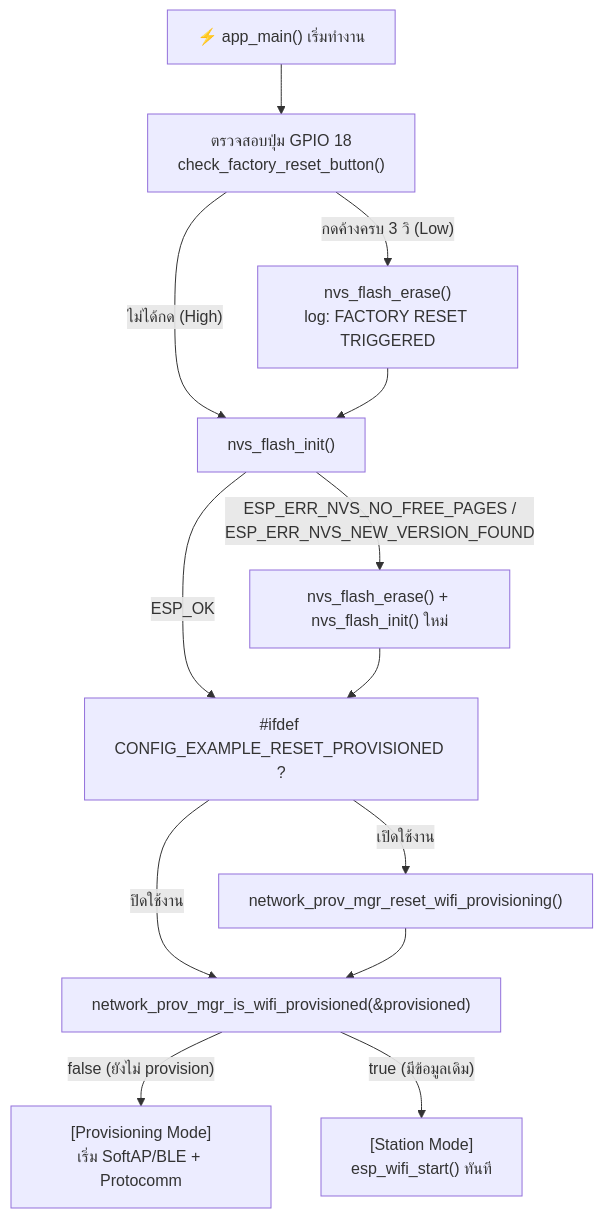
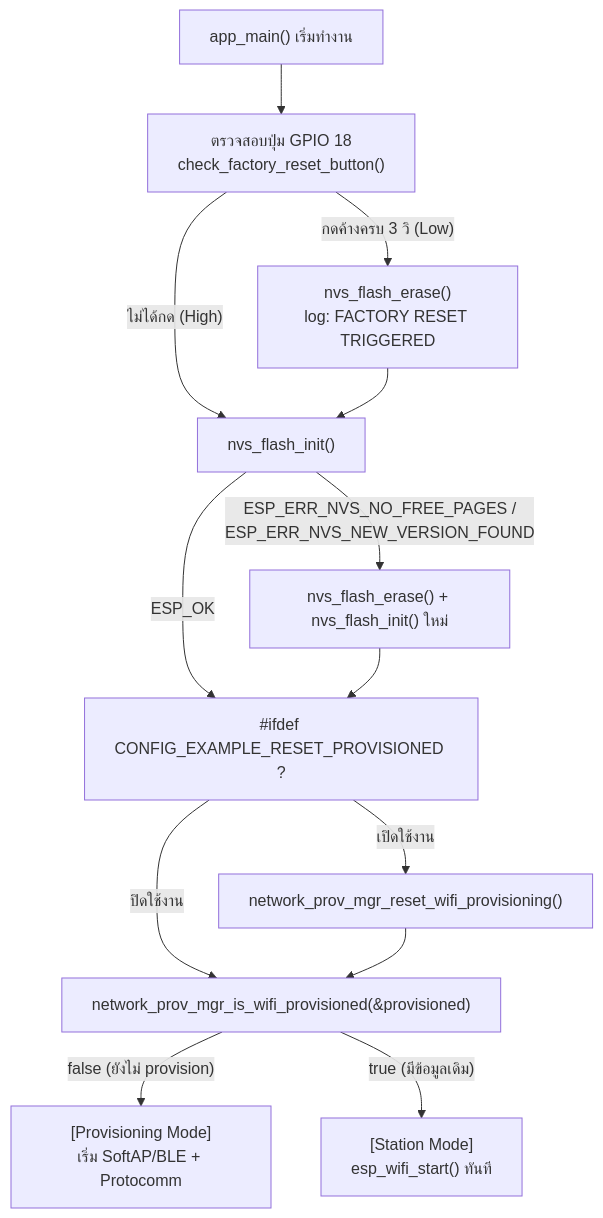
Before and after one commit to IoT-App-2569/Week-07-W-iFi-Privisioning: the first of 2 diagrams in Answers/Lab7-1-Answers.md, drawn with Mermaid. The commit also changed 4 other files, not shown here.

````diff
--- a/Answers/Lab7-1-Answers.md
+++ b/Answers/Lab7-1-Answers.md
@@ -47,15 +47,15 @@
 ```mermaid
 flowchart TD
-    Start["⚡ app_main() เริ่มทำงาน"] --> CheckBtn["ตรวจสอบปุ่ม GPIO 18<br/>check_factory_reset_button()"]
+    Start["app_main() เริ่มทำงาน"] --> CheckBtn["ตรวจสอบปุ่ม GPIO 18<br/>check_factory_reset_button()"]
     CheckBtn -- "กดค้างครบ 3 วิ (Low)" --> EraseNVS["nvs_flash_erase()<br/>log: FACTORY RESET TRIGGERED"]
     CheckBtn -- "ไม่ได้กด (High)" --> NvsInit["nvs_flash_init()"]
     EraseNVS --> NvsInit
     NvsInit -- "ESP_ERR_NVS_NO_FREE_PAGES /<br/>ESP_ERR_NVS_NEW_VERSION_FOUND" --> ForceErase["nvs_flash_erase() + nvs_flash_init() ใหม่"]
     NvsInit -- "ESP_OK" --> CheckMenu
     ForceErase --> CheckMenu["#ifdef CONFIG_EXAMPLE_RESET_PROVISIONED ?"]
     CheckMenu -- "เปิดใช้งาน" --> MenuReset["network_prov_mgr_reset_wifi_provisioning()"]
     CheckMenu -- "ปิดใช้งาน" --> CheckProv["network_prov_mgr_is_wifi_provisioned(&provisioned)"]
     MenuReset --> CheckProv
     CheckProv -- "false (ยังไม่ provision)" --> ProvMode["[Provisioning Mode]<br/>เริ่ม SoftAP/BLE + Protocomm"]
     CheckProv -- "true (มีข้อมูลเดิม)" --> StaMode["[Station Mode]<br/>esp_wifi_start() ทันที"]
 ```
````
